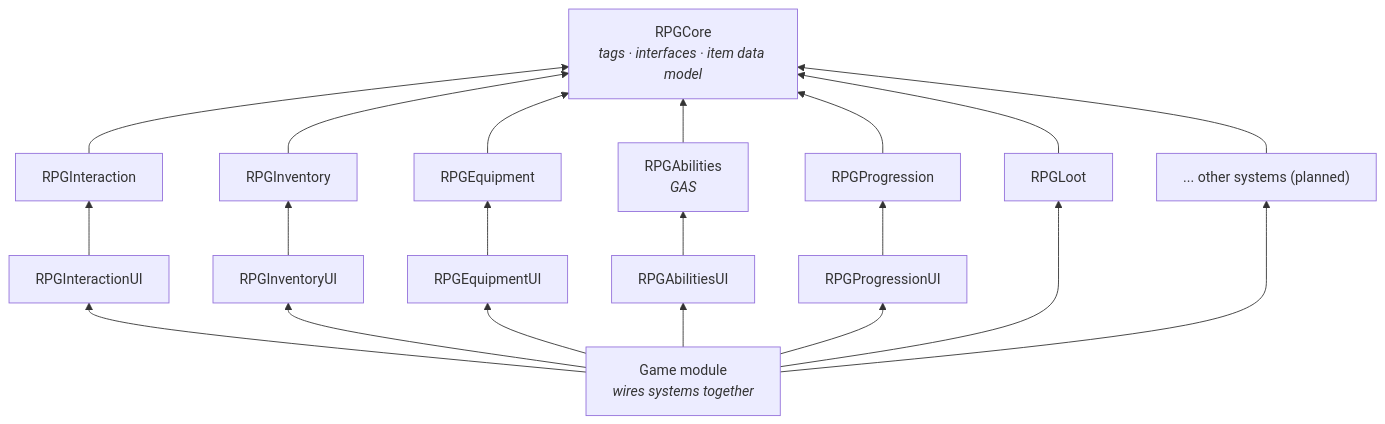
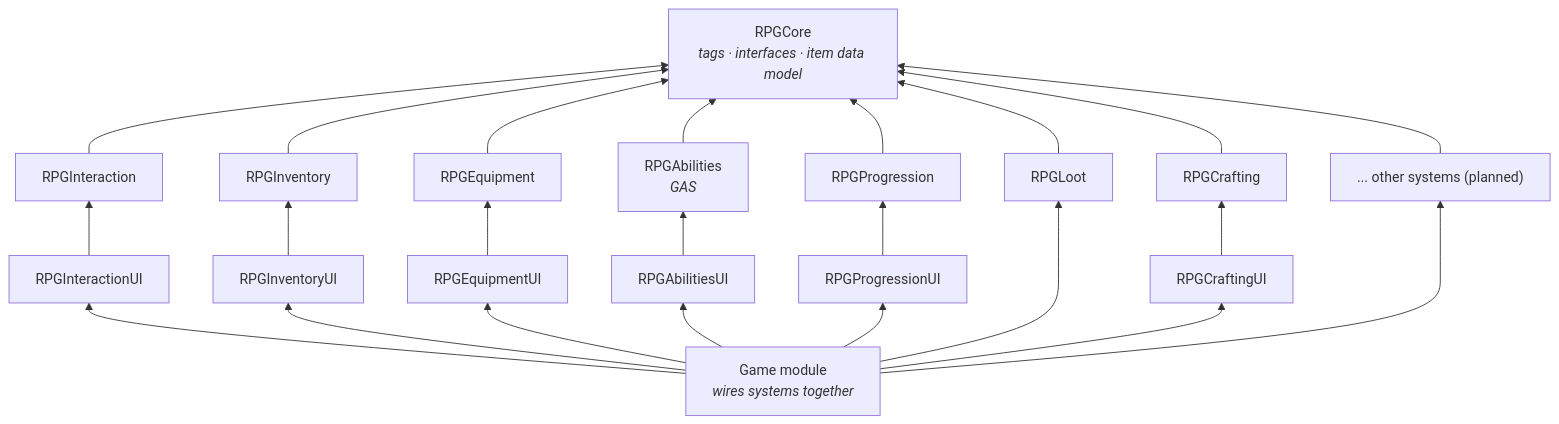
The first of 2 diagrams in README.md (eren-pekdemir/RPGTemplate), drawn with Mermaid before and after one commit. The commit also changed other lines of this file and 43 other files, not shown here.

````diff
--- a/README.md
+++ b/README.md
@@ -34,37 +34,42 @@
 ```mermaid
 graph BT
     Core["RPGCore<br/><i>tags · interfaces · item data model</i>"]
     Interaction["RPGInteraction"]
     InteractionUI["RPGInteractionUI"]
     Inventory["RPGInventory"]
     InventoryUI["RPGInventoryUI"]
     Equipment["RPGEquipment"]
     EquipmentUI["RPGEquipmentUI"]
     Abilities["RPGAbilities<br/><i>GAS</i>"]
     AbilitiesUI["RPGAbilitiesUI"]
     Progression["RPGProgression"]
     ProgressionUI["RPGProgressionUI"]
     Loot["RPGLoot"]
+    Crafting["RPGCrafting"]
+    CraftingUI["RPGCraftingUI"]
     Other["... other systems (planned)"]
     Game["Game module<br/><i>wires systems together</i>"]
 
     Interaction --> Core
     InteractionUI --> Interaction
     Inventory --> Core
     InventoryUI --> Inventory
     Equipment --> Core
     EquipmentUI --> Equipment
     Abilities --> Core
     AbilitiesUI --> Abilities
     Progression --> Core
     ProgressionUI --> Progression
     Loot --> Core
+    Crafting --> Core
+    CraftingUI --> Crafting
     Other --> Core
     Game --> InteractionUI
     Game --> InventoryUI
     Game --> EquipmentUI
     Game --> AbilitiesUI
     Game --> ProgressionUI
     Game --> Loot
+    Game --> CraftingUI
     Game --> Other
 ```
````
